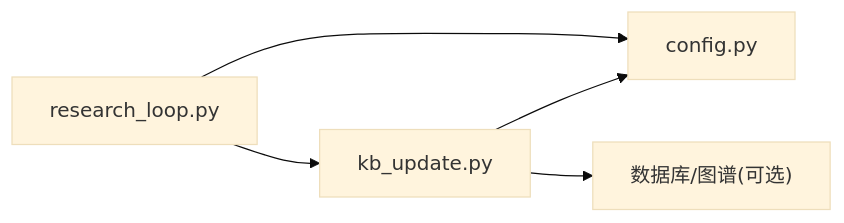
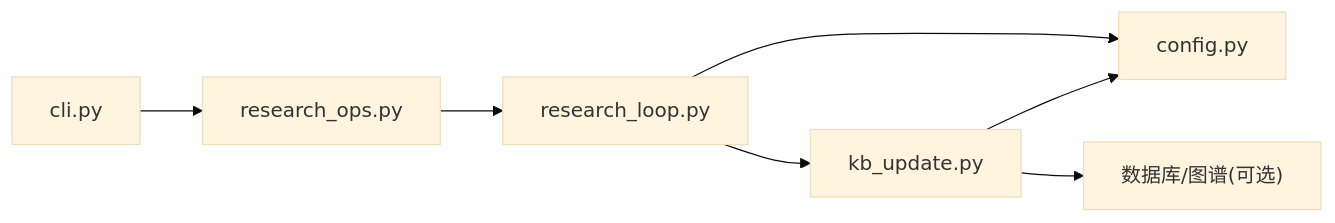
Before and after one commit to 1173591564/academic-based-qoder: the ninth of 9 diagrams in .qoder/repowiki/zh/content/Python后端系统/研究循环引擎.md, drawn with Mermaid (base theme). The commit also changed other lines of this file and 68 other files, not shown here.

````diff
--- a/.qoder/repowiki/zh/content/Python后端系统/研究循环引擎.md
+++ b/.qoder/repowiki/zh/content/Python后端系统/研究循环引擎.md
@@ -384,7 +410,9 @@
 ```mermaid
 graph LR
 RL["research_loop.py"] --> KBU["kb_update.py"]
 RL --> CFG["config.py"]
 KBU --> CFG
 KBU --> DB["数据库/图谱(可选)"]
+CLI["cli.py"] --> ROPS["research_ops.py"]
+ROPS --> RL
 ```
````
